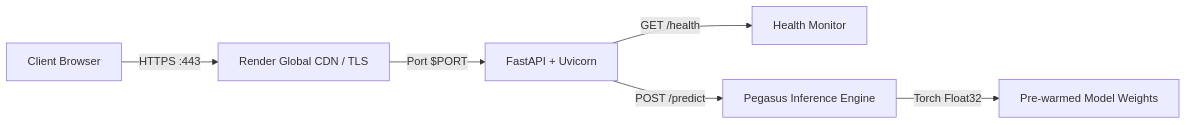
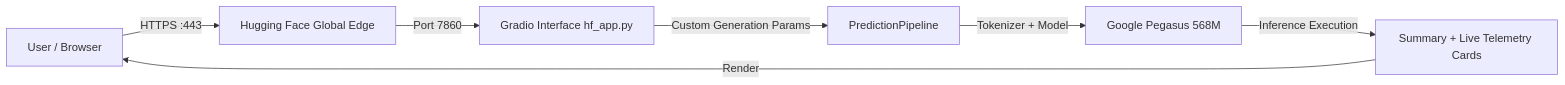
The diagram in production/huggingface_cloud_deployment.md (mdzaheerjk/End-to-End-NLP-Text-Summarization-with-Hugging-Face-Transformers), drawn with Mermaid before and after one commit. The commit also changed other lines of this file and 4 other files, not shown here.

Commit message:
feat: add production deployment guides for Docker, Hugging Face cloud, Render, and AWS

````diff
--- a/production/huggingface_cloud_deployment.md
+++ b/production/huggingface_cloud_deployment.md
@@ -48,8 +28,9 @@
 ```mermaid
 flowchart LR
-    A[Client Browser] -->|HTTPS :443| B[Render Global CDN / TLS]
-    B -->|Port $PORT| C[FastAPI + Uvicorn]
-    C -->|GET /health| D[Health Monitor]
-    C -->|POST /predict| E[Pegasus Inference Engine]
-    E -->|Torch Float32| F[Pre-warmed Model Weights]
+    A[User / Browser] -->|HTTPS :443| B[Hugging Face Global Edge]
+    B -->|Port 7860| C[Gradio Interface hf_app.py]
+    C -->|Custom Generation Params| D[PredictionPipeline]
+    D -->|Tokenizer + Model| E[Google Pegasus 568M]
+    E -->|Inference Execution| F[Summary + Live Telemetry Cards]
+    F -->|Render| A
 ```
````
